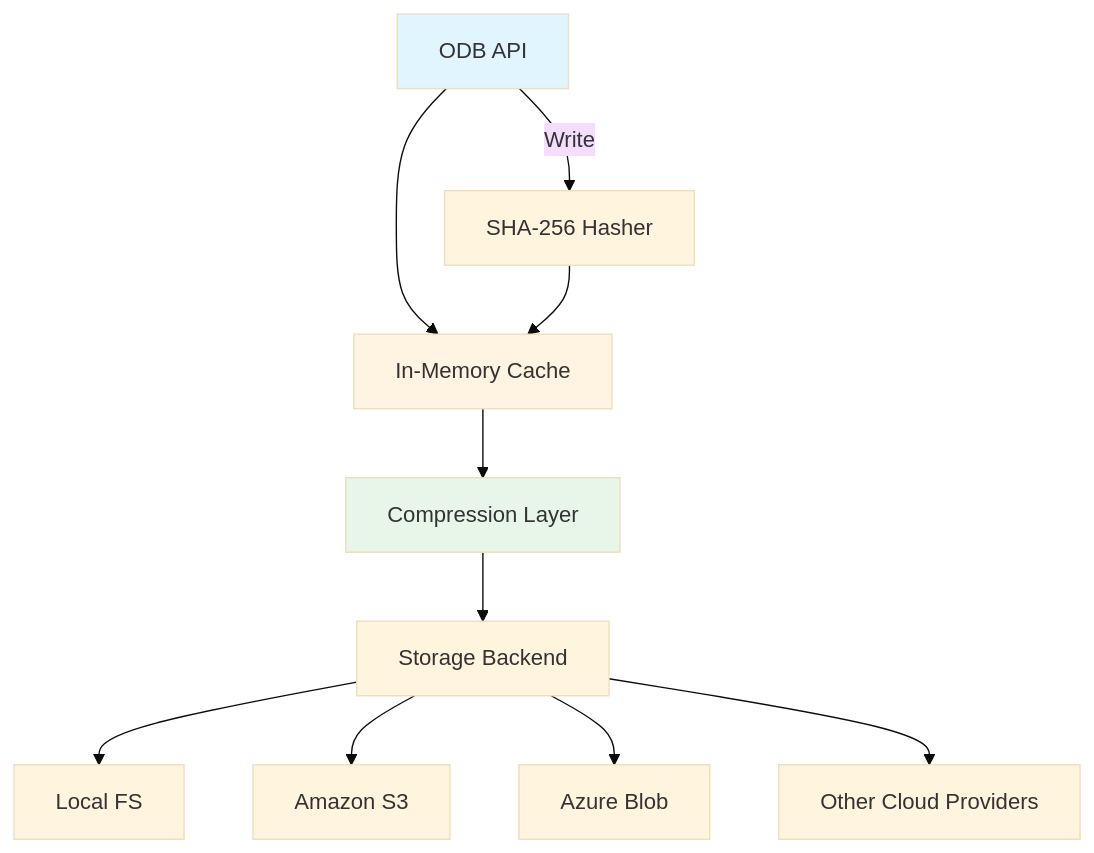
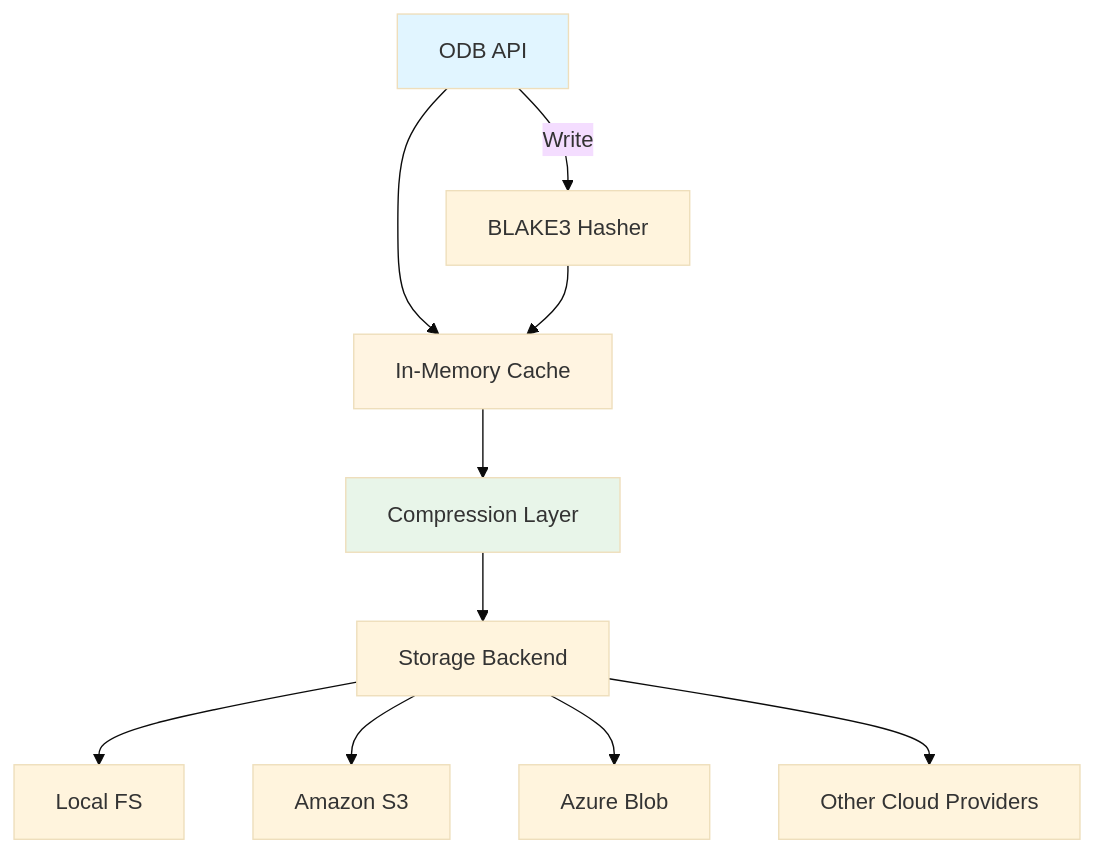
Before and after one commit to winnyboy5/mediagit-core: the first of 2 diagrams in book/src/architecture/odb.md, drawn with Mermaid (base theme). The commit also changed other lines of this file and 50 other files, not shown here.

````diff
--- a/book/src/architecture/odb.md
+++ b/book/src/architecture/odb.md
@@ -7,18 +7,18 @@
 ```mermaid
 graph TB
     API[ODB API] --> Cache[In-Memory Cache]
     Cache --> Compression[Compression Layer]
     Compression --> Backend[Storage Backend]
 
-    API --> |Write| Hash[SHA-256 Hasher]
+    API --> |Write| Hash[BLAKE3 Hasher]
     Hash --> Cache
 
     Backend --> Local[Local FS]
     Backend --> S3[Amazon S3]
     Backend --> Azure[Azure Blob]
     Backend --> Cloud[Other Cloud Providers]
 
     style API fill:#e1f5ff
     style Cache fill:#fff4e1
     style Compression fill:#e8f5e9
 ```
````
